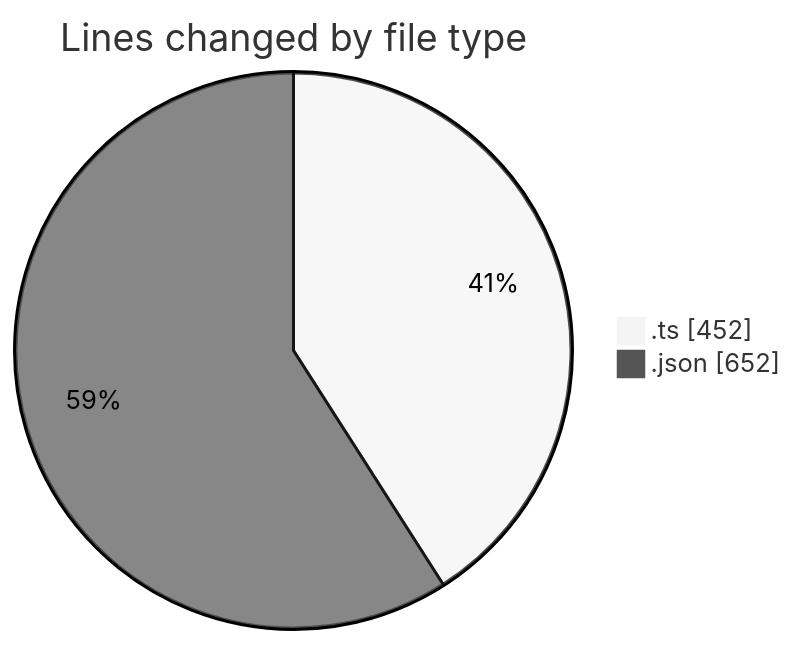
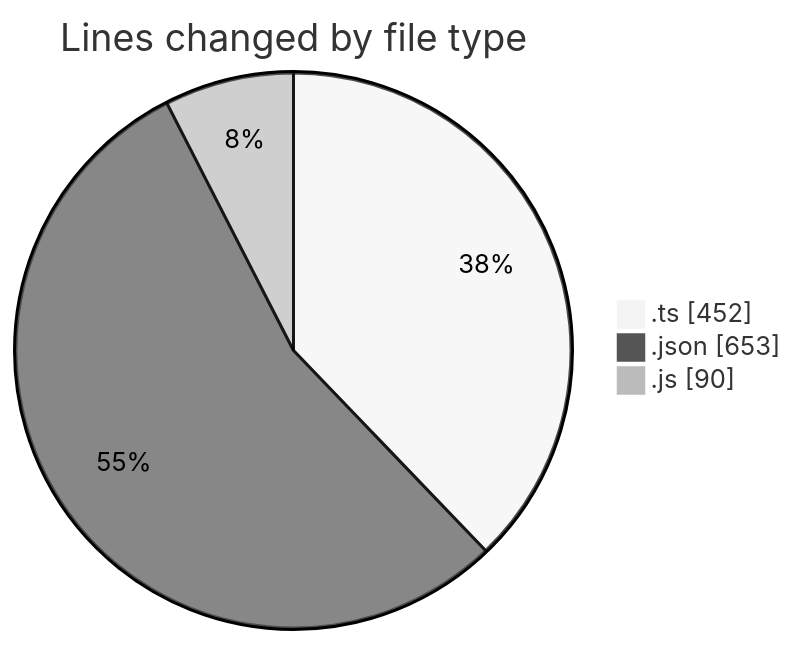
One commit to EIIisD/code-tracking changed the first of 2 diagrams in 2025-08-26/mcp-web/README.md. Above: the diagram before and after it, drawn with Mermaid (neutral theme). The commit also changed other lines of this file and 1 other file, not shown here.

````diff
--- a/2025-08-26/mcp-web/README.md
+++ b/2025-08-26/mcp-web/README.md
@@ -23,6 +24,7 @@
 ```mermaid
 pie showData
 title Lines changed by file type
 ".ts" : 452
-".json" : 652
+".json" : 653
+".js" : 90
 ```
````
